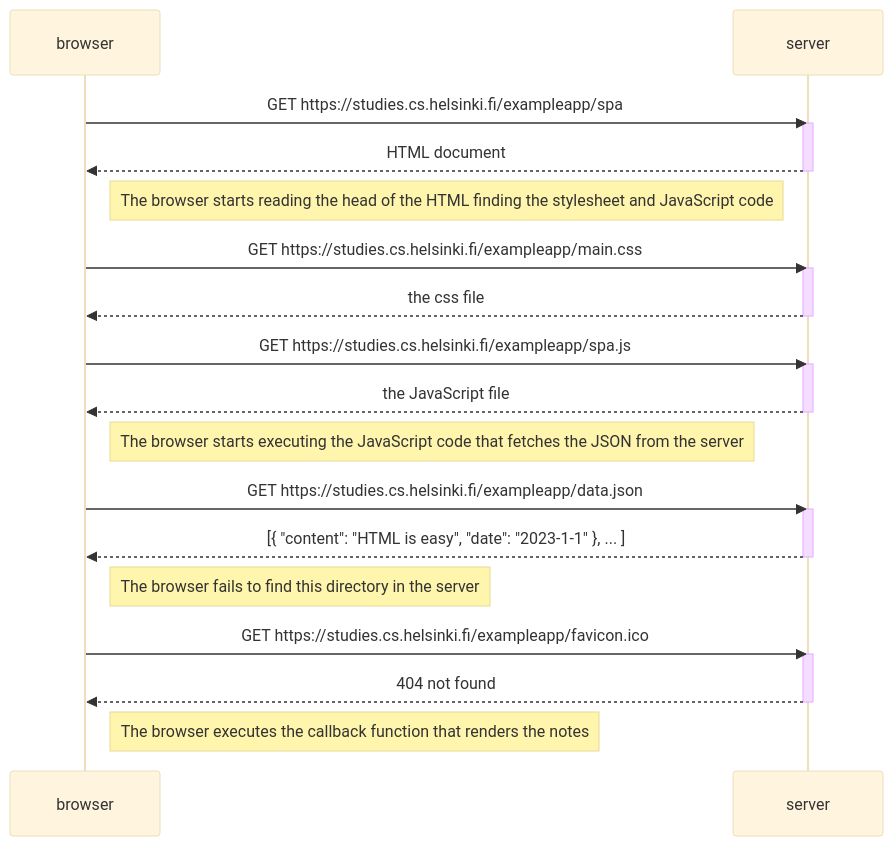
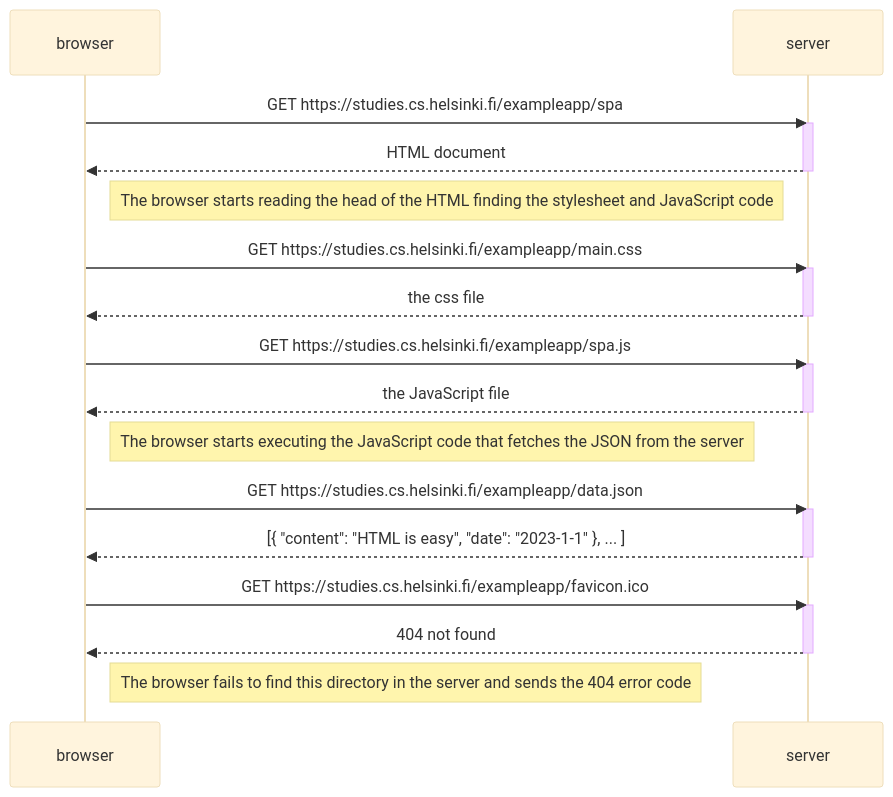
The diagram in part0/exercise05.md (oivamickelsson/fullstackopen), drawn with Mermaid (base theme) before and after one commit.

````diff
--- a/part0/exercise05.md
+++ b/part0/exercise05.md
@@ -3,38 +3,36 @@
 ```mermaid
 sequenceDiagram
     participant browser
     participant server
 
     browser->>server: GET https://studies.cs.helsinki.fi/exampleapp/spa
     activate server
     server-->>browser: HTML document
     deactivate server
     
     Note right of browser: The browser starts reading the head of the HTML finding the stylesheet and JavaScript code
     
     browser->>server: GET https://studies.cs.helsinki.fi/exampleapp/main.css
     activate server
     server-->>browser: the css file
     deactivate server
 
     browser->>server: GET https://studies.cs.helsinki.fi/exampleapp/spa.js
     activate server
     server-->>browser: the JavaScript file
     deactivate server
 
     Note right of browser: The browser starts executing the JavaScript code that fetches the JSON from the server
 
     browser->>server: GET https://studies.cs.helsinki.fi/exampleapp/data.json
     activate server
     server-->>browser: [{ "content": "HTML is easy", "date": "2023-1-1" }, ... ]
     deactivate server
 
-    Note right of browser: The browser fails to find this directory in the server
-
     browser->>server: GET https://studies.cs.helsinki.fi/exampleapp/favicon.ico
     activate server
     server-->>browser: 404 not found
     deactivate server
 
-    Note right of browser: The browser executes the callback function that renders the notes
+    Note right of browser: The browser fails to find this directory in the server and sends the 404 error code
 ```
````
